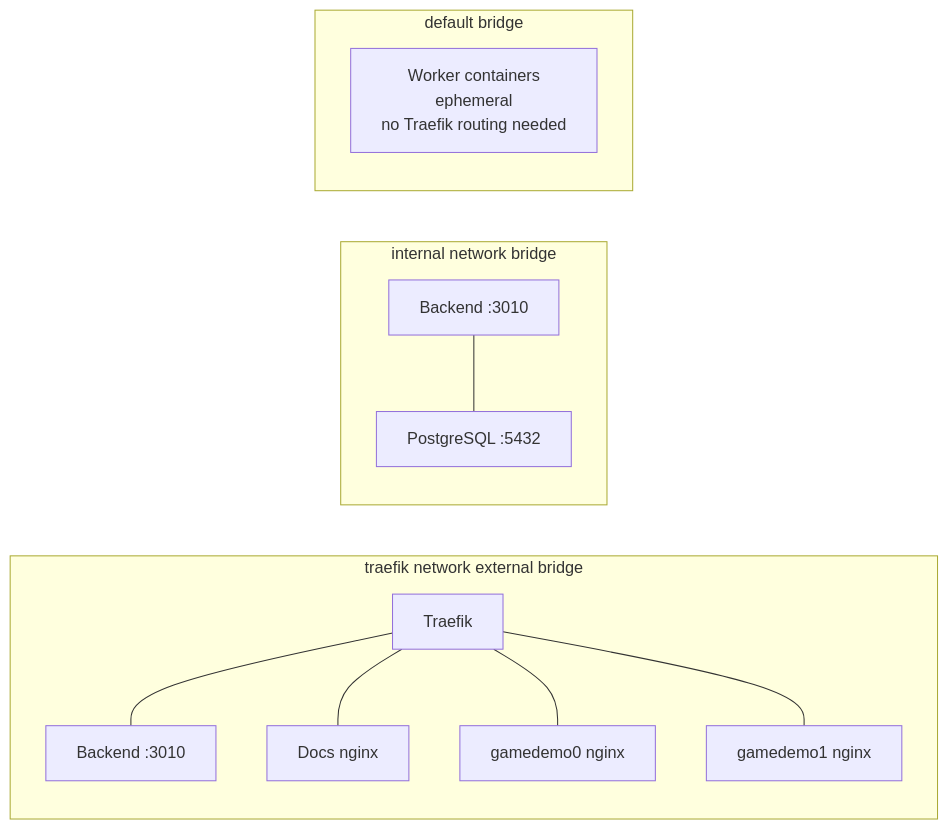
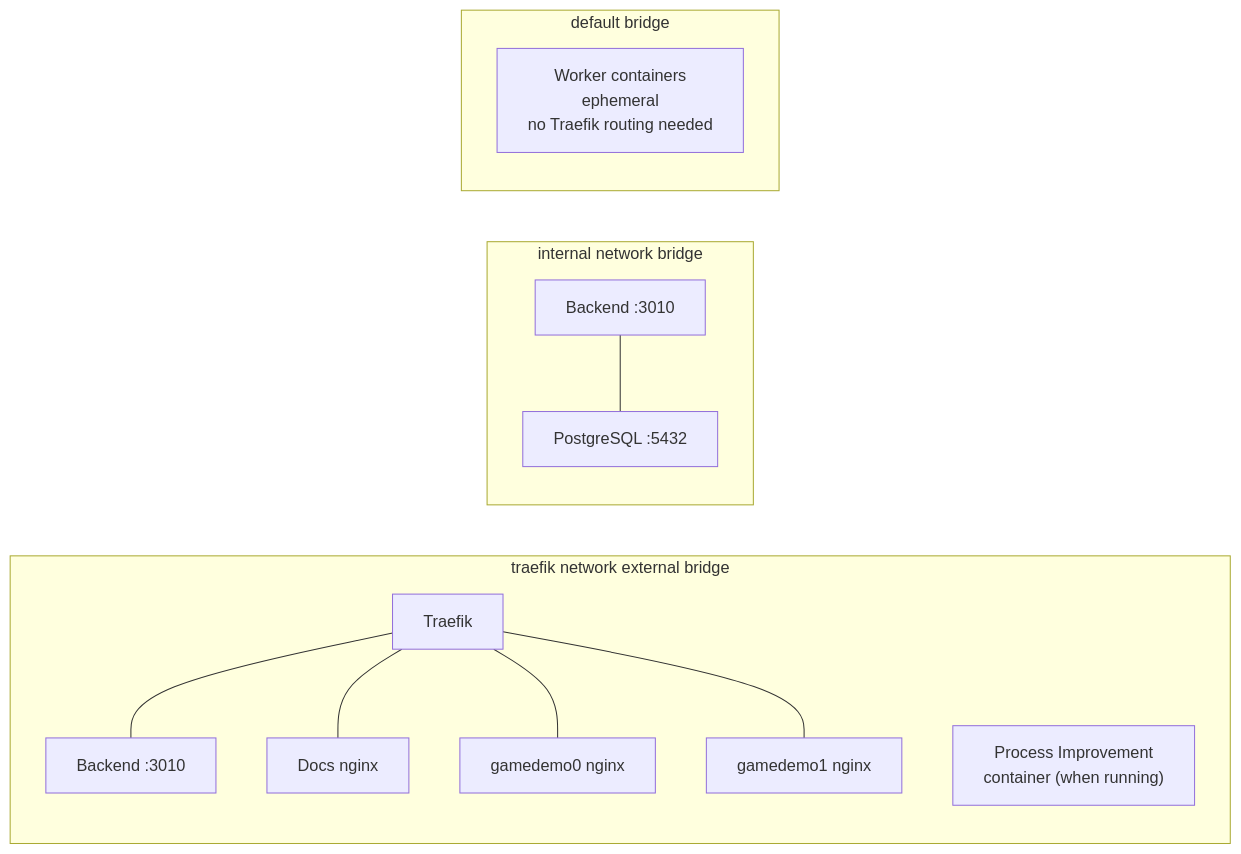
The fourth of 5 diagrams in AI/document/07-deployment.md (J-Gierend/gamePocGen), drawn with Mermaid before and after one commit. The commit also changed other lines of this file and 5 other files, not shown here.

````diff
--- a/AI/document/07-deployment.md
+++ b/AI/document/07-deployment.md
@@ -73,25 +73,26 @@
 ```mermaid
 graph LR
     subgraph "traefik network external bridge"
         TF["Traefik"]
         BE["Backend :3010"]
         DOC["Docs nginx"]
         GD0["gamedemo0 nginx"]
         GD1["gamedemo1 nginx"]
+        PI["Process Improvement\ncontainer (when running)"]
     end
 
     subgraph "internal network bridge"
         BE2["Backend :3010"]
         PG2["PostgreSQL :5432"]
     end
 
     subgraph "default bridge"
         WK["Worker containers\nephemeral\nno Traefik routing needed"]
     end
 
     TF --- BE
     TF --- DOC
     TF --- GD0
     TF --- GD1
     BE2 --- PG2
 ```
````
